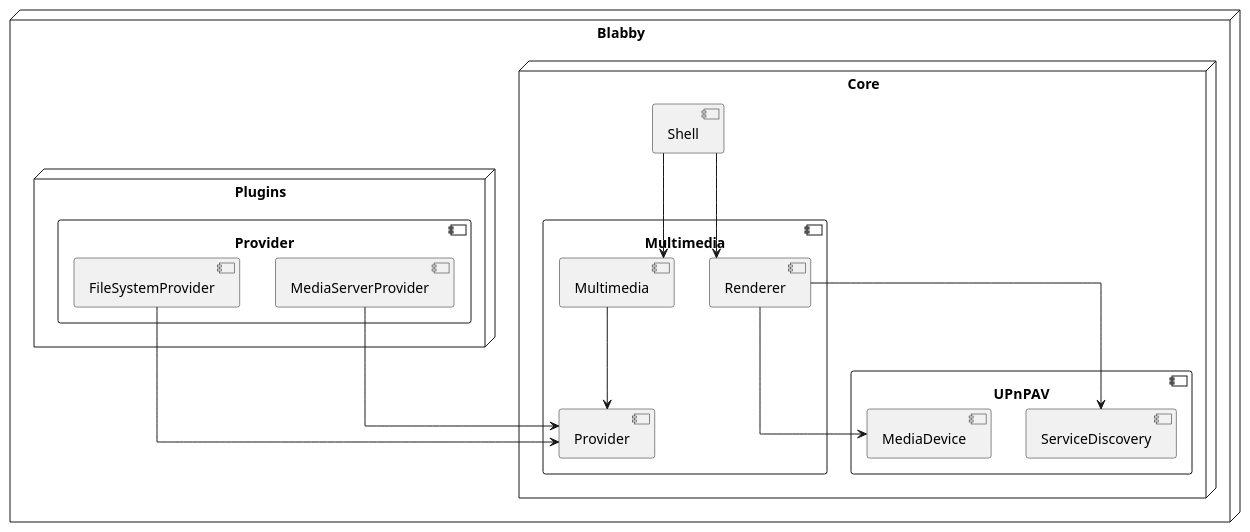
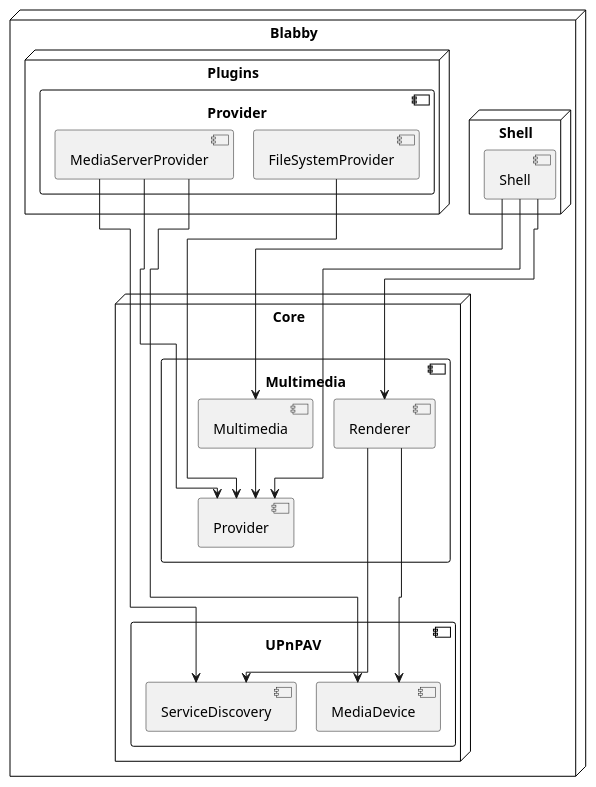
One commit to mFlorianW/blabby changed the first of 2 diagrams in docs/pages/Architecture.md. Above: the diagram before and after it, drawn with PlantUML. The commit also changed other lines of this file and 1 other file, not shown here.

Commit message:
docs: Use Eclipse Layout Engine for rendering plantuml

```diff
--- a/docs/pages/Architecture.md
+++ b/docs/pages/Architecture.md
@@ -10,36 +10,42 @@
 @startuml "Building Blocks"
-skinparam linetype ortho
+!pragma layout elk
 node "Blabby" {
     node "Core" {
         component UPnPAV as upnpav{
             [ServiceDiscovery]
             [MediaDevice]
         }
 
         component Multimedia as media {
             [Provider]
             [Multimedia]
             [Renderer]
 
             [Renderer] --> [MediaDevice]
             [Renderer] --> [ServiceDiscovery]
 
             [Multimedia] --> [Provider]
         }
 
+    }
+
+    node "Shell" {
         component Shell as shell
         shell --> [Multimedia]
         shell --> [Renderer]
+        shell --> [Provider]
     }
 
     node "Plugins" {
         component Provider as provider{
             [MediaServerProvider]
             [FileSystemProvider]
 
             [MediaServerProvider] --> [Provider]
+            [MediaServerProvider] --> [MediaDevice]
+            [MediaServerProvider] --> [ServiceDiscovery]
             [FileSystemProvider] --> [Provider]
         }
     }
 }
 @enduml
```
